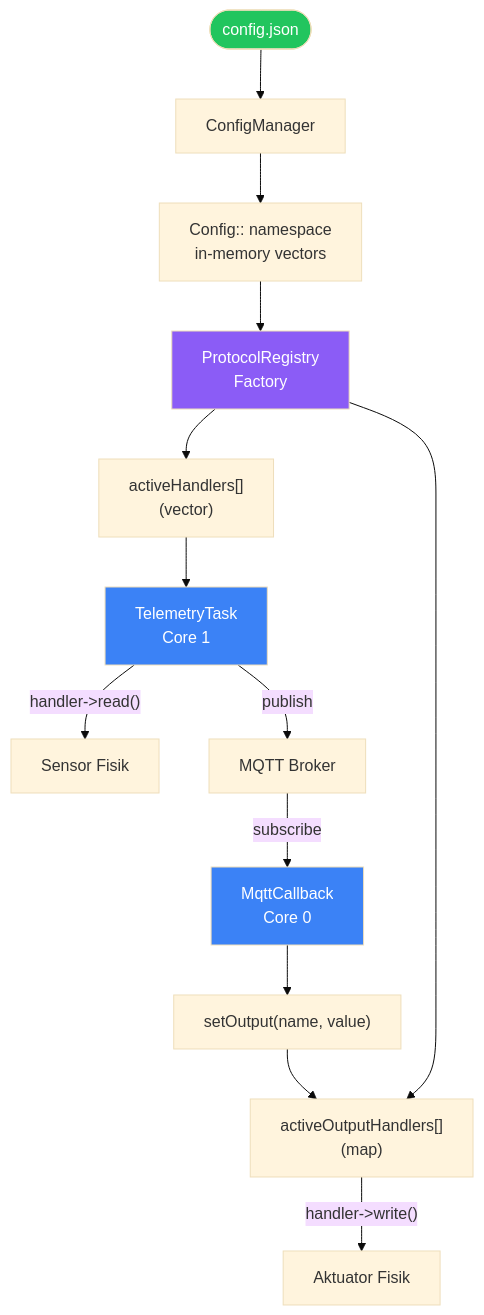
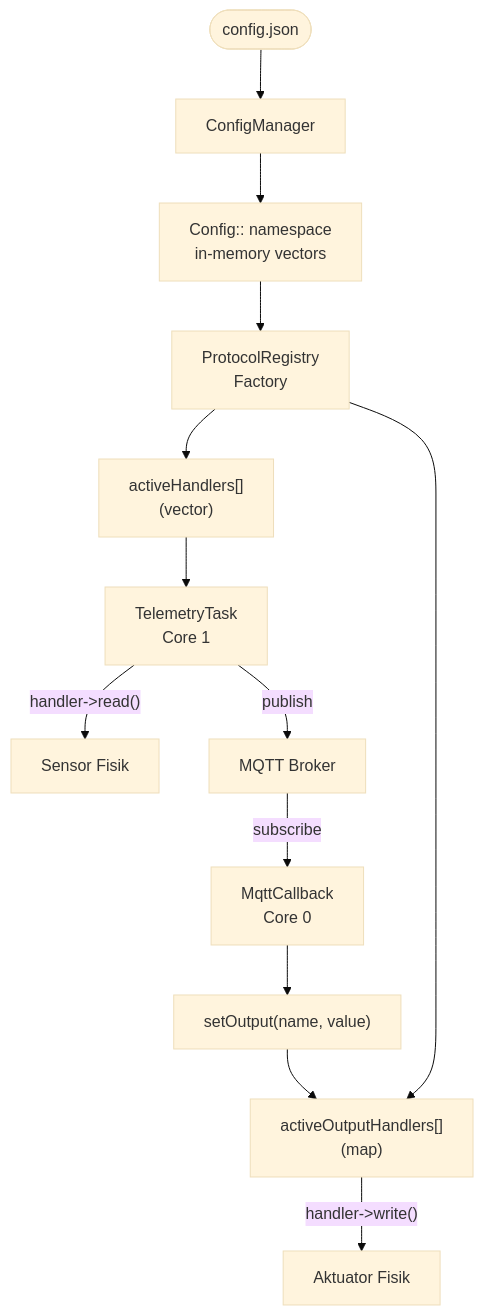
The third of 5 diagrams in docs/firmware.md (Rezen351/enyx-enterprise), drawn with Mermaid (base theme) before and after one commit. The commit also changed other lines of this file and 26 other files, not shown here.

````diff
--- a/docs/firmware.md
+++ b/docs/firmware.md
@@ -125,23 +74,16 @@
 ```mermaid
 flowchart TD
     CFG(["config.json"])
     CFG --> CM["ConfigManager"]
     CM --> CN["Config:: namespace\nin-memory vectors"]
     CN --> PR["ProtocolRegistry\nFactory"]
     PR --> VEC["activeHandlers[]\n(vector)"]
     PR --> MAP["activeOutputHandlers[]\n(map)"]
-
     VEC --> TT["TelemetryTask\nCore 1"]
     TT -->|"handler->read()"| SENSOR["Sensor Fisik"]
     TT -->|"publish"| BROKER["MQTT Broker"]
-    
     BROKER -->|"subscribe"| CB["MqttCallback\nCore 0"]
     CB --> SO["setOutput(name, value)"]
     SO --> MAP
     MAP -->|"handler->write()"| ACT["Aktuator Fisik"]
-
-    style CFG fill:#22c55e,color:#fff
-    style PR fill:#8b5cf6,color:#fff
-    style TT fill:#3b82f6,color:#fff
-    style CB fill:#3b82f6,color:#fff
 ```
````
